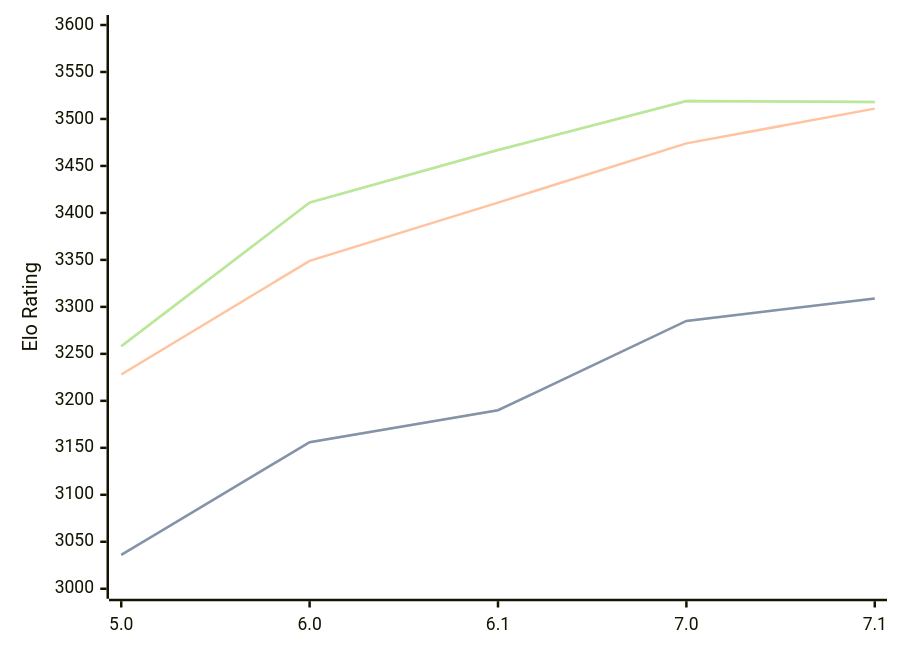
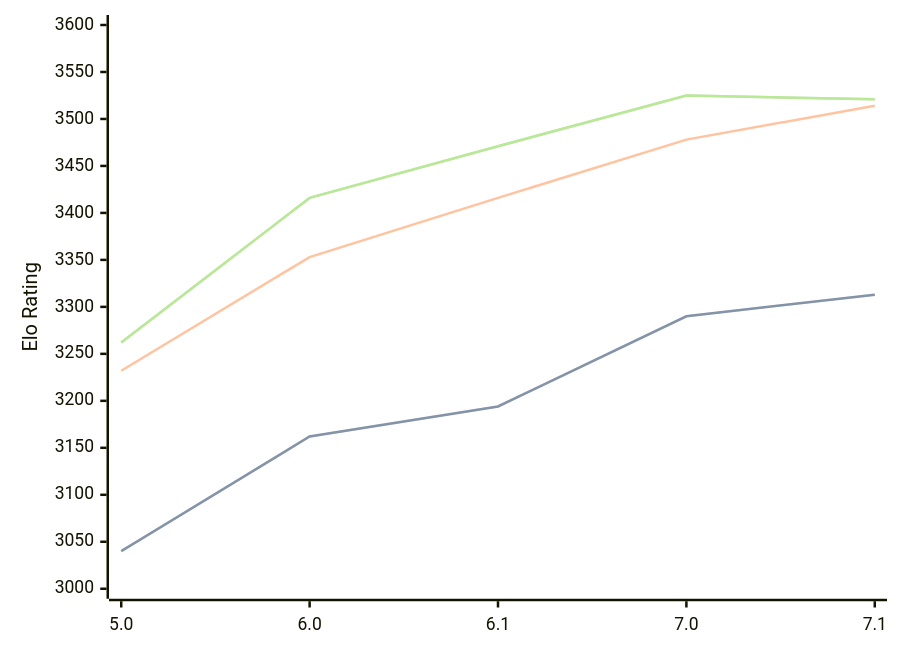
One commit to computer-chess-index/cci changed the diagram in engines/PZChessBot.md. Above: the diagram before and after it, drawn with Mermaid. The commit also changed other lines of this file, not shown here.

Commit message:
Update CCI Ratings (ELO VLTC) - 2026-08-18

````diff
--- a/engines/PZChessBot.md
+++ b/engines/PZChessBot.md
@@ -35,11 +35,11 @@
 ```mermaid
 %%{init: {"theme":"base","themeVariables":{"seriesColors:['#a3a3a3','#222221','#faa371']}}}%%
 xychart-beta
   x-axis ["5.0", "6.0", "6.1", "7.0", "7.1"]
   y-axis "Elo Rating" 3000 --> 3600
-  line "STC (8.0+0.08s)" [3036, 3156, 3190, 3285, 3309]
-  line "STC (8.0+0.08s)" [3036, 3156, 3190, 3285, 3309]
-  line "LTC (60.0+0.60s)" [3228, 3349, 3411, 3474, 3511]
-  line "VLTC (2m24s+1.12s)" [3258, 3411, 3467, 3519, 3518]
-  line "VLTC (2m24s+1.12s)" [3258, 3411, 3467, 3519, 3518]
+  line "STC (8.0+0.08s)" [3040, 3162, 3194, 3290, 3313]
+  line "STC (8.0+0.08s)" [3040, 3162, 3194, 3290, 3313]
+  line "LTC (60.0+0.60s)" [3232, 3353, 3416, 3478, 3514]
+  line "VLTC (2m24s+1.12s)" [3262, 3416, 3471, 3525, 3521]
+  line "VLTC (2m24s+1.12s)" [3262, 3416, 3471, 3525, 3521]
 ```
````
